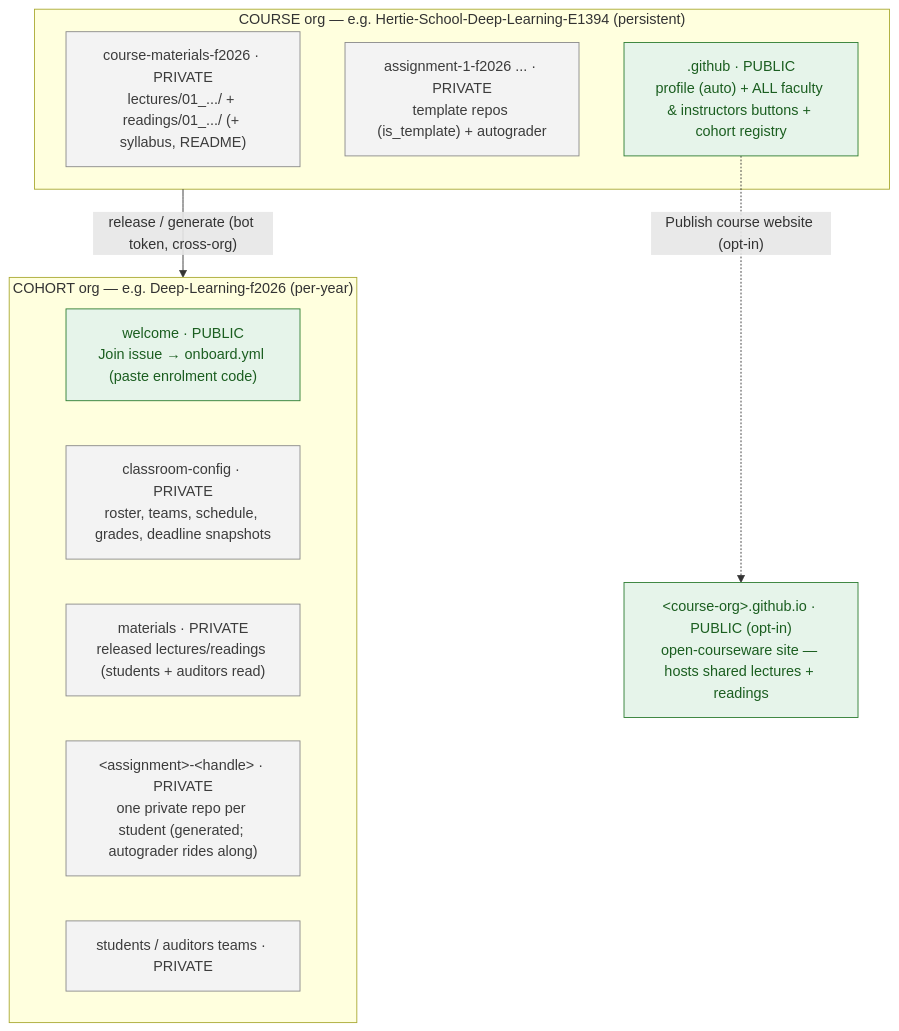
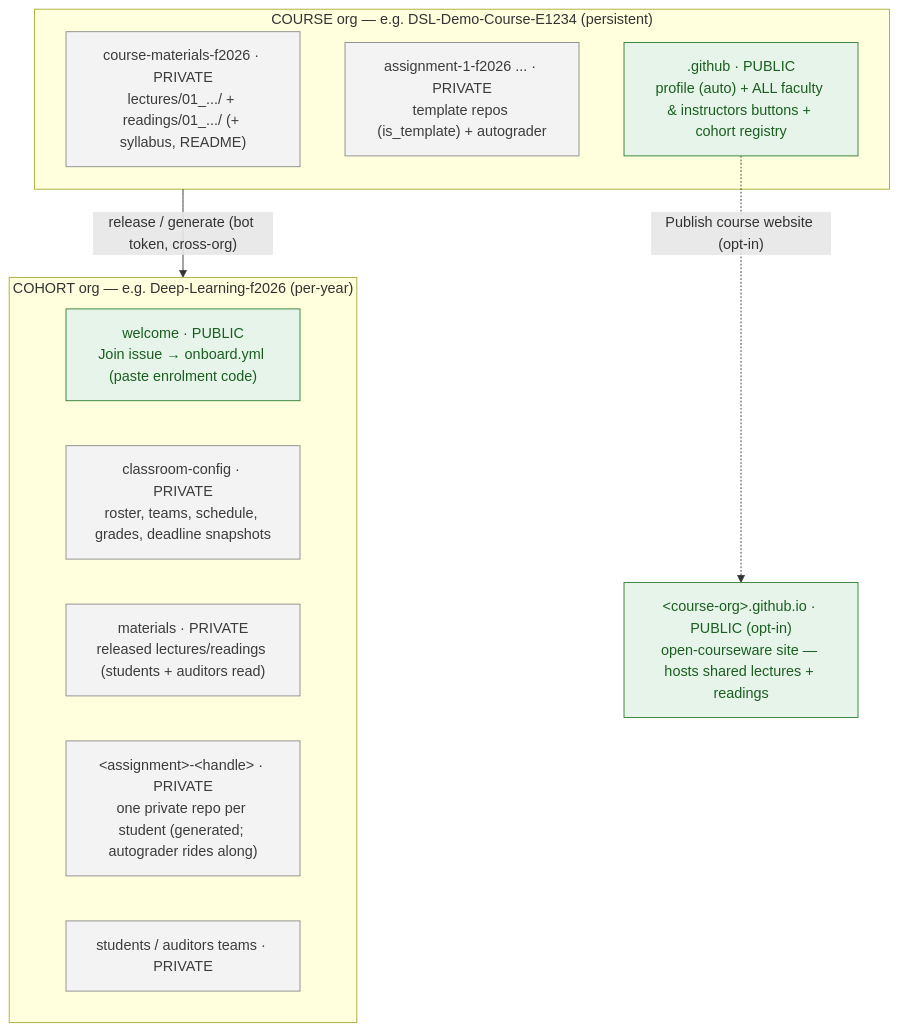
One commit to hertie-data-science-lab/dsl-teaching-course-setup changed the diagram in README.md. Above: the diagram before and after it, drawn with Mermaid. The commit also changed other lines of this file and 23 other files, not shown here.

````diff
--- a/README.md
+++ b/README.md
@@ -17,26 +44,26 @@
 ```mermaid
 flowchart TB
-  subgraph COURSE["COURSE org — e.g. Hertie-School-Deep-Learning-E1394 (persistent)"]
+  subgraph COURSE["COURSE org — e.g. DSL-Demo-Course-E1234 (persistent)"]
     mat["course-materials-f2026 · PRIVATE<br/>lectures/01_.../ + readings/01_.../ (+ syllabus, README)"]
     tmpl["assignment-1-f2026 ... · PRIVATE<br/>template repos (is_template) + autograder"]
     gh[".github · PUBLIC<br/>profile (auto) + ALL faculty & instructors buttons + cohort registry"]
   end
 
   subgraph COHORT["COHORT org — e.g. Deep-Learning-f2026 (per-year)"]
     welcome["welcome · PUBLIC<br/>Join issue → onboard.yml (paste enrolment code)"]
     cfg["classroom-config · PRIVATE<br/>roster, teams, schedule, grades, deadline snapshots"]
     cmat["materials · PRIVATE<br/>released lectures/readings (students + auditors read)"]
     repos["&lt;assignment&gt;-&lt;handle&gt; · PRIVATE<br/>one private repo per student (generated; autograder rides along)"]
     team["students / auditors teams · PRIVATE"]
   end
 
   pub["&lt;course-org&gt;.github.io · PUBLIC (opt-in)<br/>open-courseware site — hosts shared lectures + readings"]
 
   COURSE -->|"release / generate (bot token, cross-org)"| COHORT
   gh -.->|"Publish course website (opt-in)"| pub
 
   classDef public fill:#e6f4ea,stroke:#2e7d32,color:#1b5e20;
   classDef private fill:#f3f3f3,stroke:#8a8a8a,color:#3c3c3c;
   class gh,welcome,pub public;
   class mat,tmpl,cfg,cmat,repos,team private;
 ```
````
